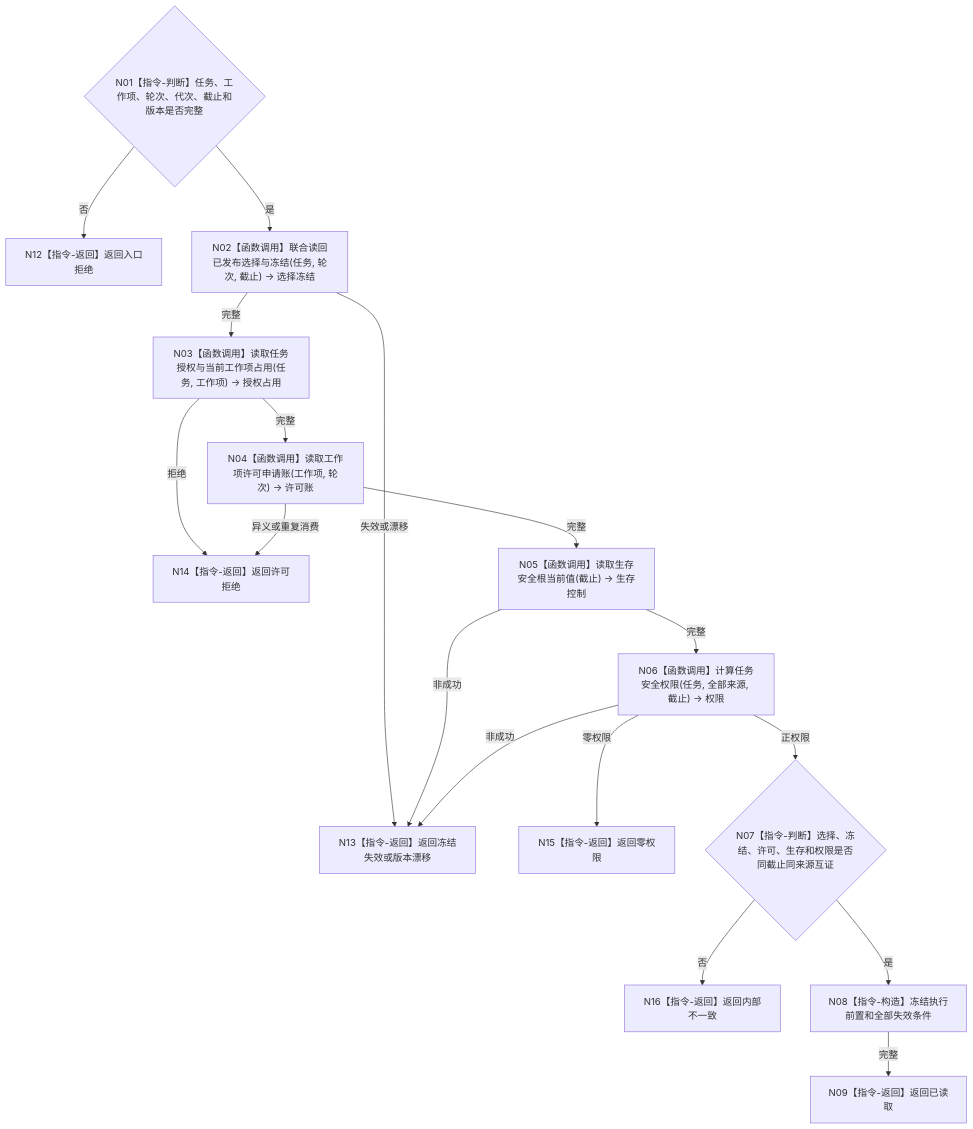
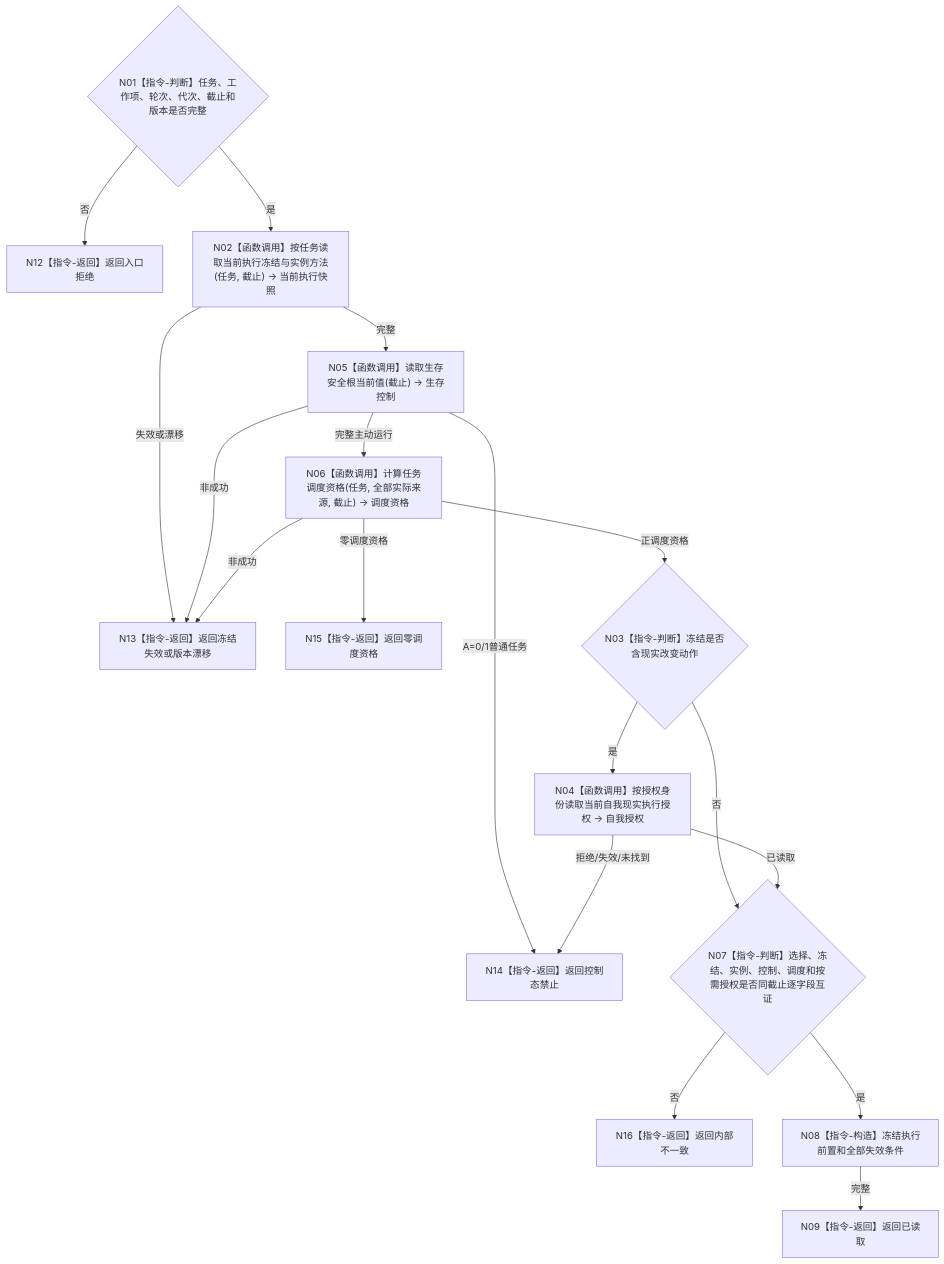
The diagram in 流程图/目标业务流程图/L4/BIZ-L4-004-04-01-02_读取执行工作冻结前置_目标函数流程图_v0.1.md (chunhaizh-cyber/HY-Ego), drawn with Mermaid before and after one commit. The commit also changed other lines of this file and 35 other files, not shown here.

````diff
--- a/流程图/目标业务流程图/L4/BIZ-L4-004-04-01-02_读取执行工作冻结前置_目标函数流程图_v0.1.md
+++ b/流程图/目标业务流程图/L4/BIZ-L4-004-04-01-02_读取执行工作冻结前置_目标函数流程图_v0.1.md
@@ -30,19 +30,20 @@
 ```mermaid
 flowchart TD
     N01{"N01【指令-判断】任务、工作项、轮次、代次、截止和版本是否完整"} -->|否| N12["N12【指令-返回】返回入口拒绝"]
-    N01 -->|是| N02["N02【函数调用】联合读回已发布选择与冻结(任务, 轮次, 截止) -> 选择冻结"]
+    N01 -->|是| N02["N02【函数调用】按任务读取当前执行冻结与实例方法(任务, 截止) -> 当前执行快照"]
     N02 -->|失效或漂移| N13["N13【指令-返回】返回冻结失效或版本漂移"]
-    N02 -->|完整| N03["N03【函数调用】读取任务授权与当前工作项占用(任务, 工作项) -> 授权占用"]
-    N03 -->|拒绝| N14["N14【指令-返回】返回许可拒绝"]
-    N03 -->|完整| N04["N04【函数调用】读取工作项许可申请账(工作项, 轮次) -> 许可账"]
-    N04 -->|异义或重复消费| N14
-    N04 -->|完整| N05["N05【函数调用】读取生存安全根当前值(截止) -> 生存控制"]
+    N02 -->|完整| N05["N05【函数调用】读取生存安全根当前值(截止) -> 生存控制"]
     N05 -->|非成功| N13
-    N05 -->|完整| N06["N06【函数调用】计算任务安全权限(任务, 全部来源, 截止) -> 权限"]
-    N06 -->|零权限| N15["N15【指令-返回】返回零权限"]
+    N05 -->|A=0/1普通任务| N14["N14【指令-返回】返回控制态禁止"]
+    N05 -->|完整主动运行| N06["N06【函数调用】计算任务调度资格(任务, 全部实际来源, 截止) -> 调度资格"]
+    N06 -->|零调度资格| N15["N15【指令-返回】返回零调度资格"]
     N06 -->|非成功| N13
-    N06 -->|正权限| N07{"N07【指令-判断】选择、冻结、许可、生存和权限是否同截止同来源互证"}
+    N06 -->|正调度资格| N03{"N03【指令-判断】冻结是否含现实改变动作"}
+    N03 -->|否| N07
+    N03 -->|是| N04["N04【函数调用】按授权身份读取当前自我现实执行授权 -> 自我授权"]
+    N04 -->|拒绝/失效/未找到| N14
+    N04 -->|已读取| N07{"N07【指令-判断】选择、冻结、实例、控制、调度和按需授权是否同截止逐字段互证"}
     N07 -->|否| N16["N16【指令-返回】返回内部不一致"]
     N07 -->|是| N08["N08【指令-构造】冻结执行前置和全部失效条件"]
     N08 -->|完整| N09["N09【指令-返回】返回已读取"]
 ```
````
